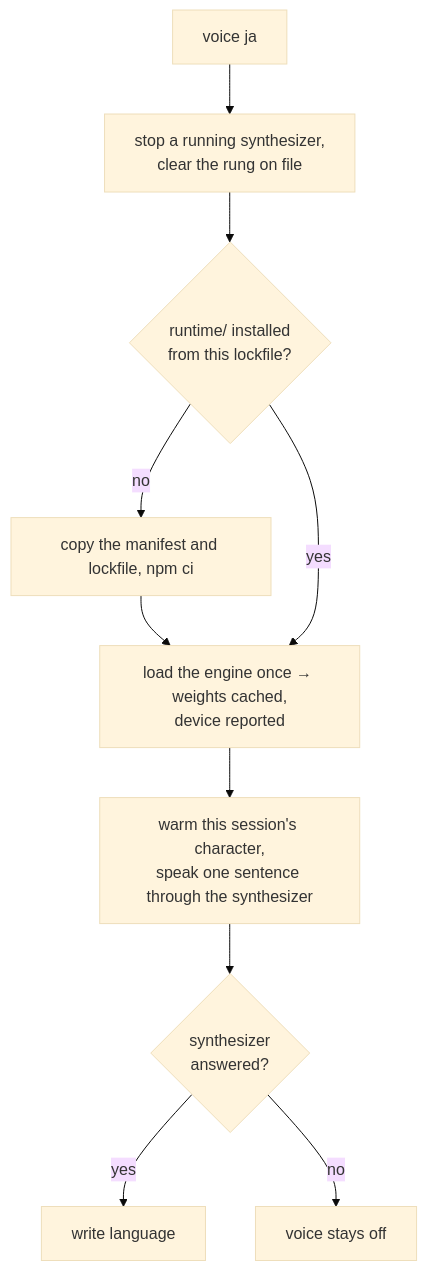
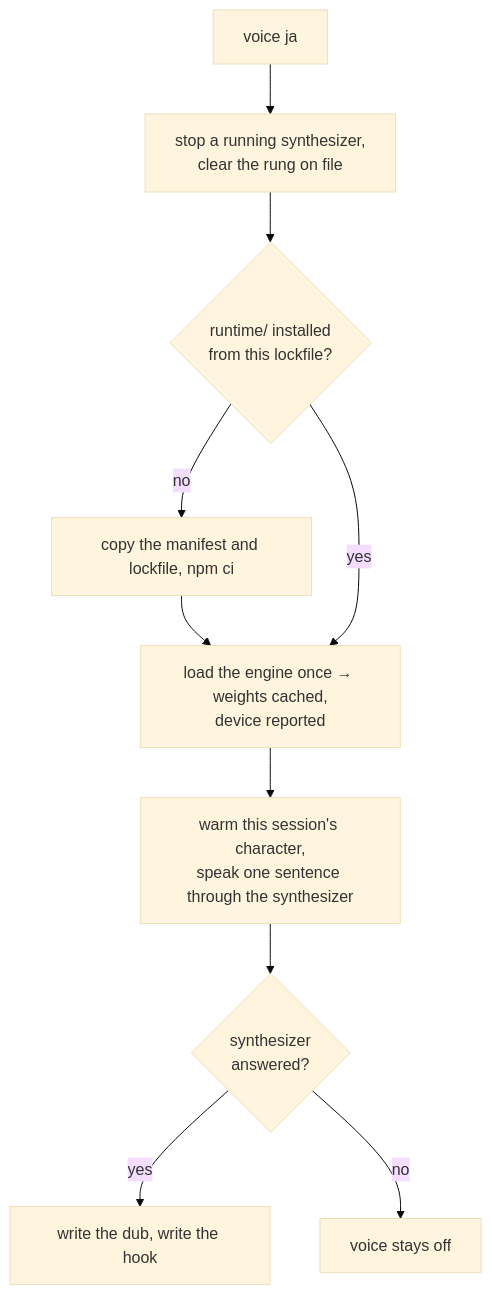
The third of 3 diagrams in apps/web/content/docs/infra/claude-interface/spoken-replies.md (Esposter/Esposter), drawn with Mermaid (base theme) before and after one commit. The commit also changed other lines of this file and 61 other files, not shown here.

````diff
--- a/apps/web/content/docs/infra/claude-interface/spoken-replies.md
+++ b/apps/web/content/docs/infra/claude-interface/spoken-replies.md
@@ -87,19 +115,19 @@
 ```mermaid
 flowchart TD
     Verb["voice ja"]
     Clear["stop a running synthesizer,<br/>clear the rung on file"]
     Runtime{"runtime/ installed<br/>from this lockfile?"}
     Install["copy the manifest and lockfile, npm ci"]
     Load["load the engine once → weights cached,<br/>device reported"]
     Proof["warm this session's character,<br/>speak one sentence through the synthesizer"]
     Spoke{"synthesizer<br/>answered?"}
-    Language["write language"]
+    Language["write the dub, write the hook"]
     Off["voice stays off"]
 
     Verb --> Clear --> Runtime
     Runtime -- no --> Install --> Load
     Runtime -- yes --> Load
     Load --> Proof --> Spoke
     Spoke -- yes --> Language
     Spoke -- no --> Off
 ```
````
